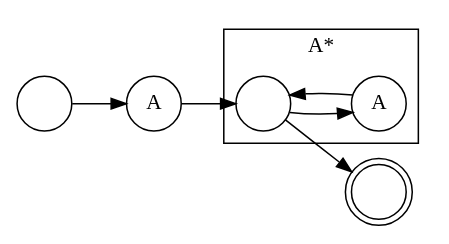
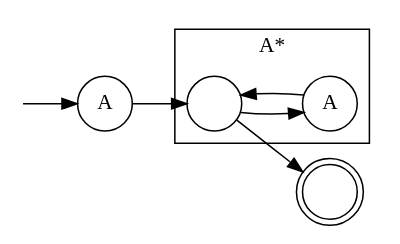
Before and after one commit to hkapp/conq: the diagram in doc/img/nfa/repeat-at-least-once.dot, drawn with Graphviz. The commit also changed 14 other files, not shown here.

```diff
--- a/doc/img/nfa/repeat-at-least-once.dot
+++ b/doc/img/nfa/repeat-at-least-once.dot
@@ -1,24 +1,24 @@
 digraph G {
   node [shape=circle]
   rankdir=LR
   
-  s1 [label=""]
+  init [label="", shape=point, style=invis]
   A1 [label=A]
   
-  s1 -> A1
+  init -> A1
   A1 -> s2
 
   subgraph cluster1 {
     label="A*"
     
     s2 [label=""]
     A2 [label=A]
     
     s2 -> A2
     A2 -> s2
   }
   
   s2 -> accept
 
   accept [label="", shape=doublecircle]
 }
```
